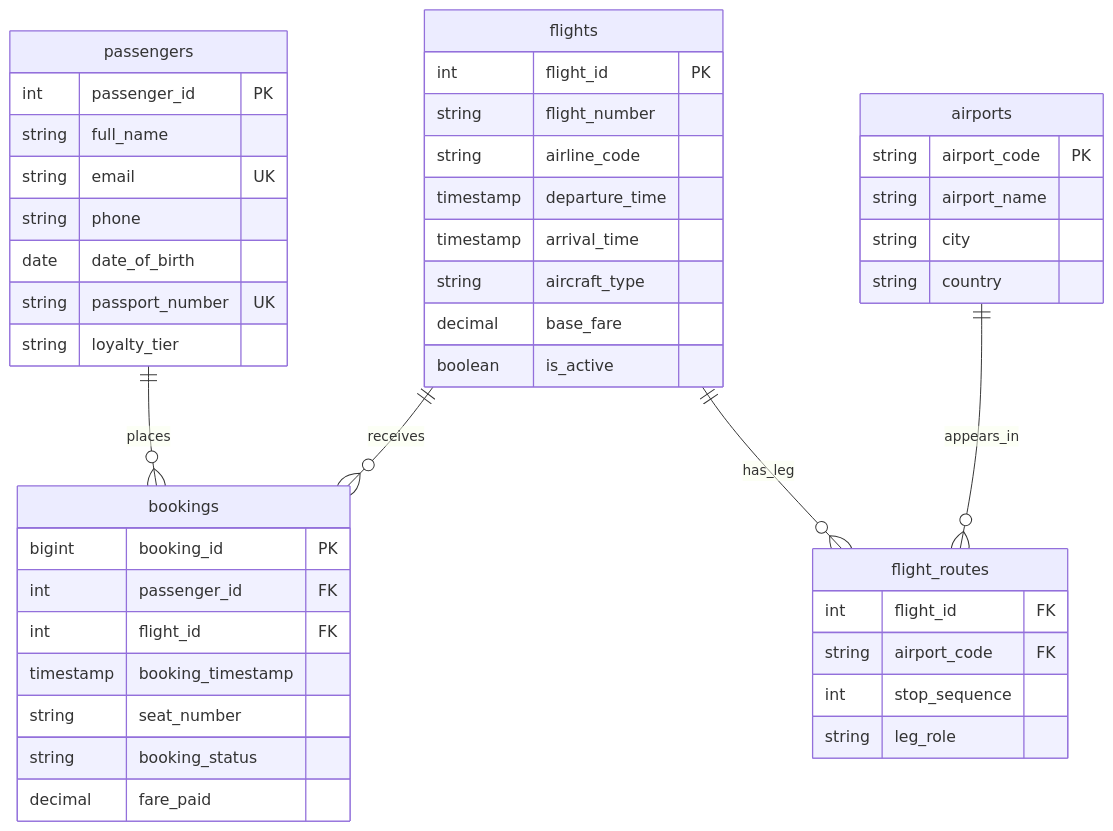
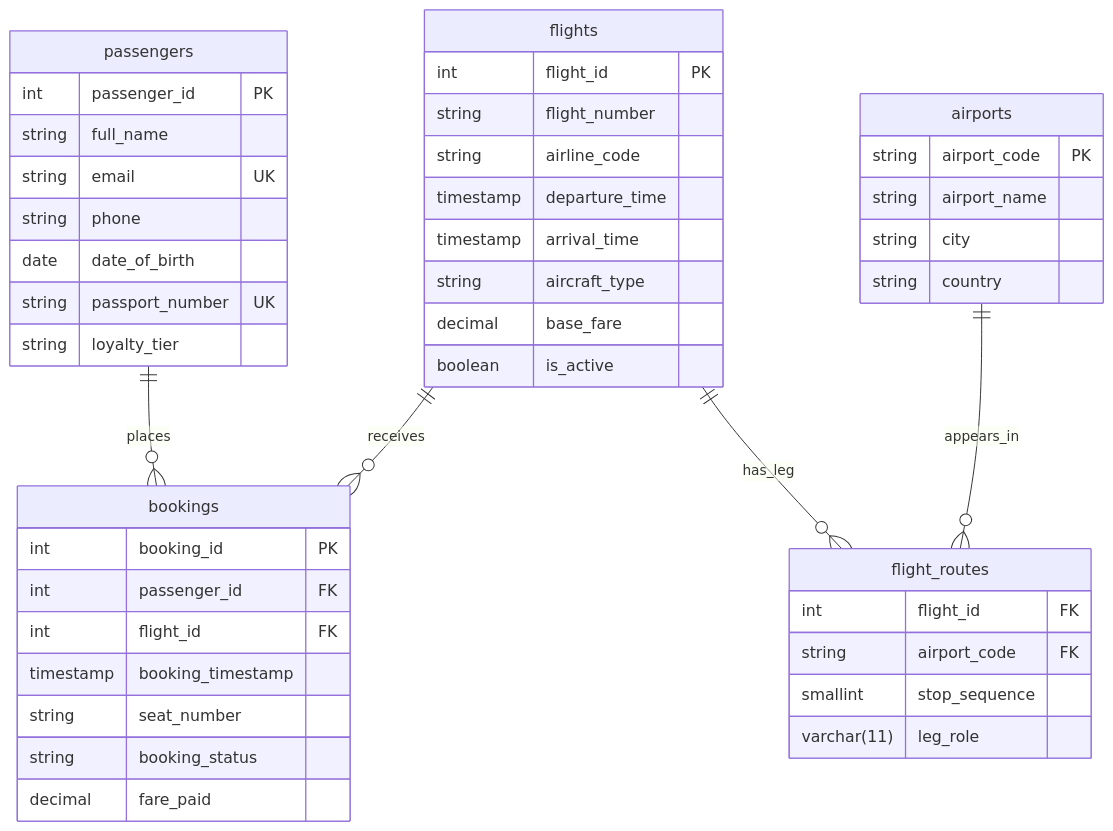
The diagram in README.md (nathannbui/ex603-airline-booking-database-), drawn with Mermaid before and after one commit. The commit also changed other lines of this file and 8 other files, not shown here.

````diff
--- a/README.md
+++ b/README.md
@@ -23,52 +48,52 @@
 ```mermaid
 erDiagram
     passengers ||--o{ bookings : places
     flights ||--o{ bookings : receives
     flights ||--o{ flight_routes : has_leg
     airports ||--o{ flight_routes : appears_in
 
     passengers {
         int passenger_id PK
         string full_name
         string email UK
         string phone
         date date_of_birth
         string passport_number UK
         string loyalty_tier
     }
 
     flights {
         int flight_id PK
         string flight_number
         string airline_code
         timestamp departure_time
         timestamp arrival_time
         string aircraft_type
         decimal base_fare
         boolean is_active
     }
 
     bookings {
-        bigint booking_id PK
+        int booking_id PK
         int passenger_id FK
         int flight_id FK
         timestamp booking_timestamp
         string seat_number
         string booking_status
         decimal fare_paid
     }
 
     airports {
         string airport_code PK
         string airport_name
         string city
         string country
     }
 
     flight_routes {
         int flight_id FK
         string airport_code FK
-        int stop_sequence
-        string leg_role
+        smallint stop_sequence
+        varchar(11) leg_role
     }
 ```
````
